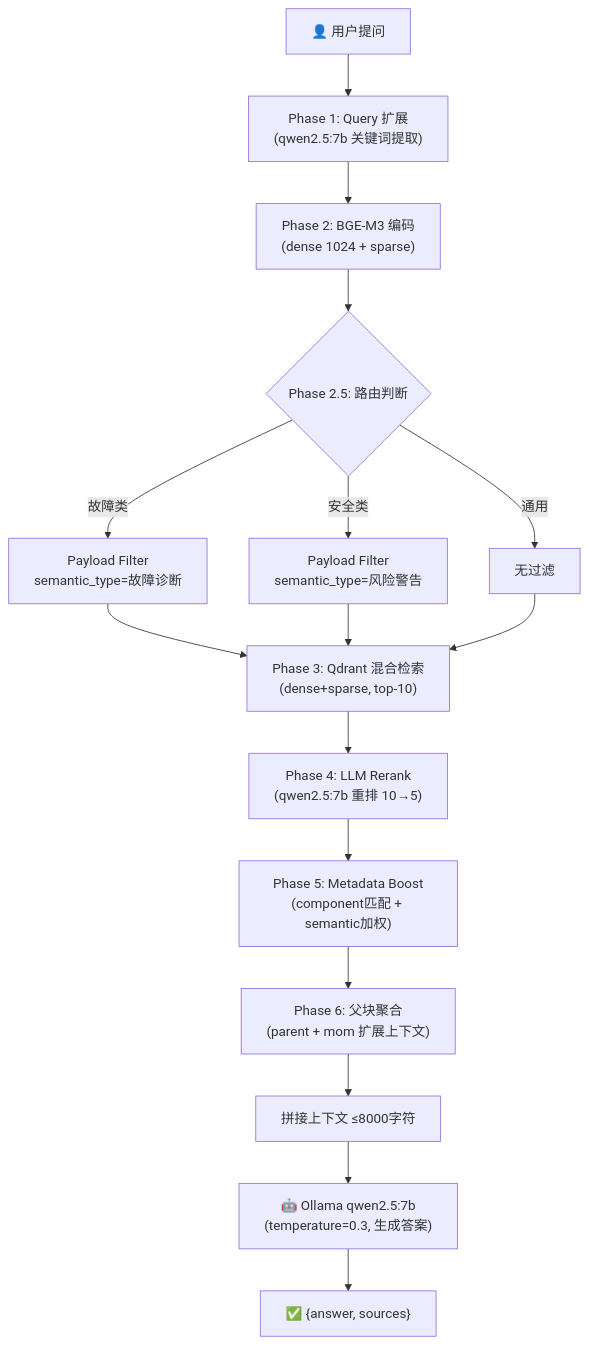
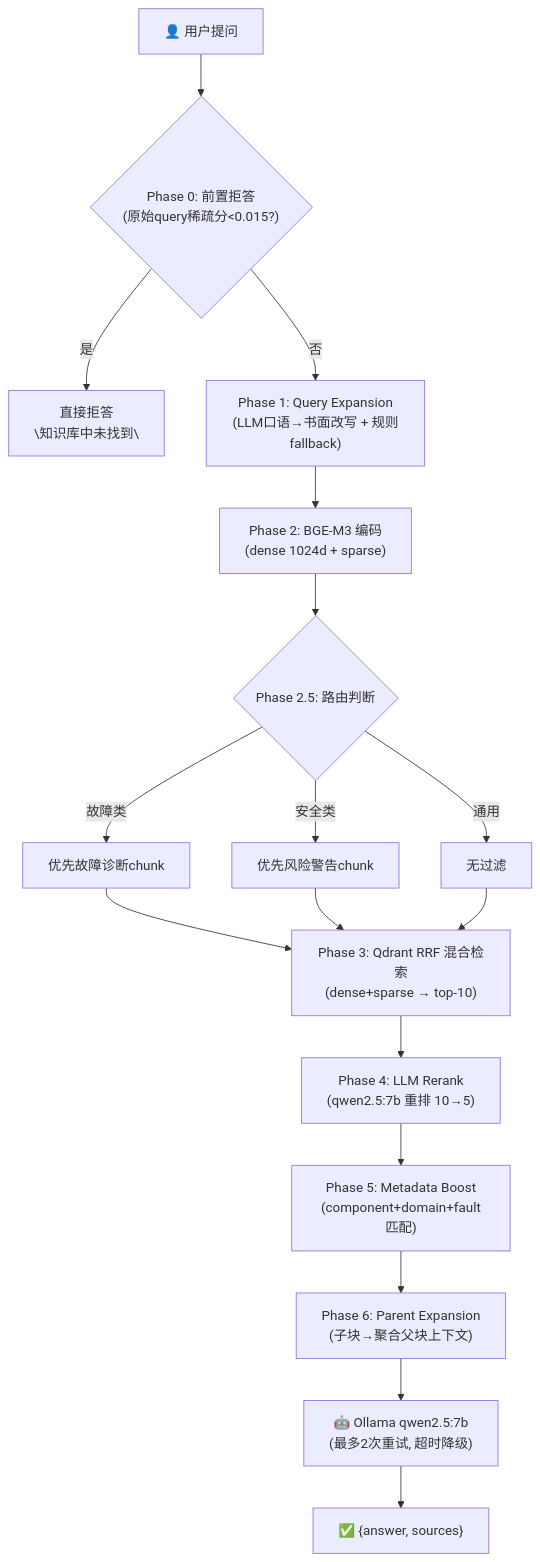
The second of 2 diagrams in README.md (chaoyongmingyue/ebike-manual-rag), drawn with Mermaid before and after one commit. The commit also changed other lines of this file and 10 other files, not shown here.

````diff
--- a/README.md
+++ b/README.md
@@ -30,18 +30,19 @@
 ```mermaid
 flowchart TD
-    Q["👤 用户提问"] --> QEXP["Phase 1: Query 扩展\n(qwen2.5:7b 关键词提取)"]
-    QEXP --> ENC["Phase 2: BGE-M3 编码\n(dense 1024 + sparse)"]
+    Q["👤 用户提问"] --> REJECT{"Phase 0: 前置拒答\n(原始query稀疏分<0.015?)"}
+    REJECT -->|是| RJ["直接拒答\n\"知识库中未找到\""]
+    REJECT -->|否| QEXP["Phase 1: Query Expansion\n(LLM口语→书面改写 + 规则fallback)"]
+    QEXP --> ENC["Phase 2: BGE-M3 编码\n(dense 1024d + sparse)"]
     ENC --> ROUTE{"Phase 2.5: 路由判断"}
-    ROUTE -->|故障类| FAULT_FILTER["Payload Filter\nsemantic_type=故障诊断"]
-    ROUTE -->|安全类| SAFE_FILTER["Payload Filter\nsemantic_type=风险警告"]
-    ROUTE -->|通用| NO_FILTER["无过滤"]
-    FAULT_FILTER --> SEARCH["Phase 3: Qdrant 混合检索\n(dense+sparse, top-10)"]
-    SAFE_FILTER --> SEARCH
-    NO_FILTER --> SEARCH
+    ROUTE -->|故障类| FAULT["优先故障诊断chunk"]
+    ROUTE -->|安全类| SAFE["优先风险警告chunk"]
+    ROUTE -->|通用| GENROUTE["无过滤"]
+    FAULT --> SEARCH["Phase 3: Qdrant RRF 混合检索\n(dense+sparse → top-10)"]
+    SAFE --> SEARCH
+    GENROUTE --> SEARCH
     SEARCH --> RERANK["Phase 4: LLM Rerank\n(qwen2.5:7b 重排 10→5)"]
-    RERANK --> BOOST["Phase 5: Metadata Boost\n(component匹配 + semantic加权)"]
-    BOOST --> PARENT["Phase 6: 父块聚合\n(parent + mom 扩展上下文)"]
-    PARENT --> CTX["拼接上下文 ≤8000字符"]
-    CTX --> GEN["🤖 Ollama qwen2.5:7b\n(temperature=0.3, 生成答案)"]
+    RERANK --> BOOST["Phase 5: Metadata Boost\n(component+domain+fault匹配)"]
+    BOOST --> PARENT["Phase 6: Parent Expansion\n(子块→聚合父块上下文)"]
+    PARENT --> GEN["🤖 Ollama qwen2.5:7b\n(最多2次重试, 超时降级)"]
     GEN --> ANS["✅ {answer, sources}"]
 ```
````
